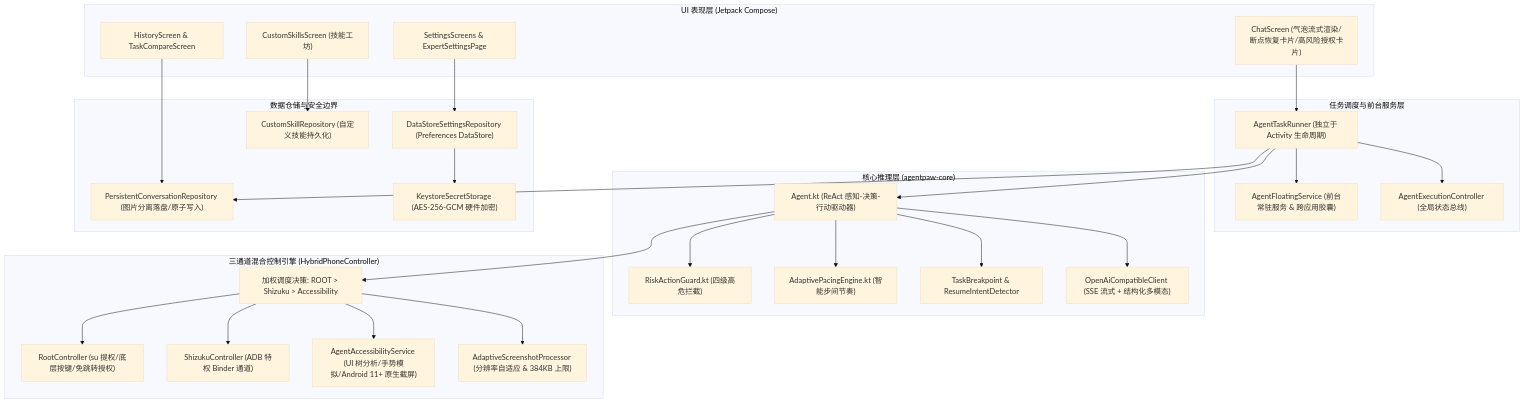
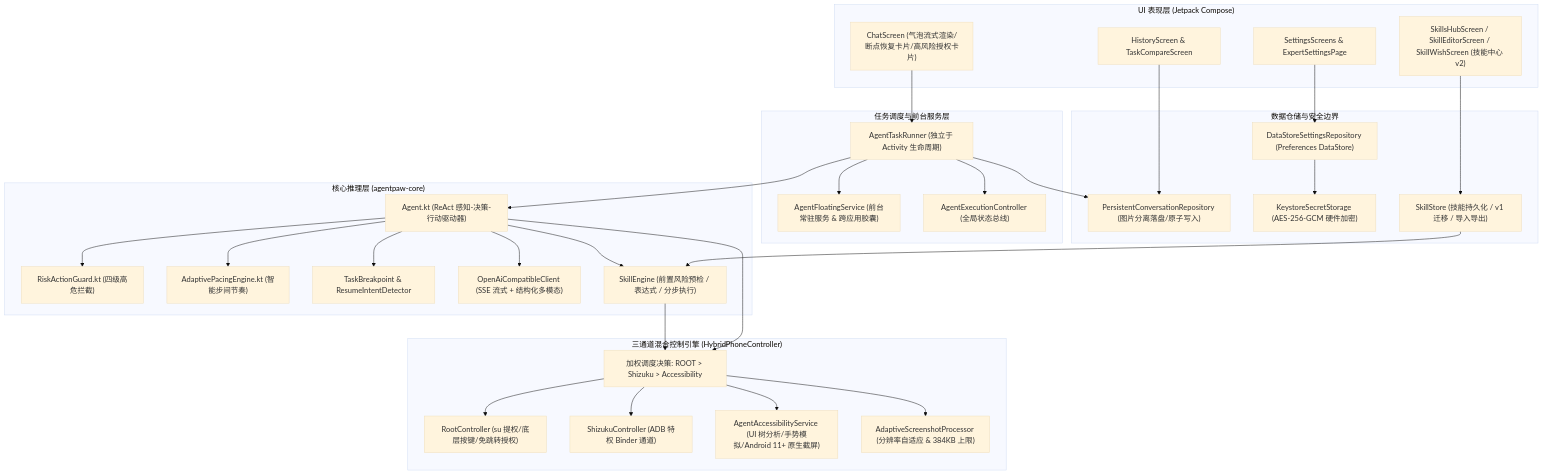
One commit to YHLFurry/AgentPaw changed the first of 4 diagrams in ARCHITECTURE.md. Above: the diagram before and after it, drawn with Mermaid (base theme). The commit also changed other lines of this file and 57 other files, not shown here.

````diff
--- a/ARCHITECTURE.md
+++ b/ARCHITECTURE.md
@@ -10,57 +10,61 @@
 ```mermaid
 graph TD
     subgraph UI_Layer["UI 表现层 (Jetpack Compose)"]
         Chat["ChatScreen (气泡流式渲染/断点恢复卡片/高风险授权卡片)"]
         Settings["SettingsScreens & ExpertSettingsPage"]
         History["HistoryScreen & TaskCompareScreen"]
-        SkillsUI["CustomSkillsScreen (技能工坊)"]
+        SkillsUI["SkillsHubScreen / SkillEditorScreen / SkillWishScreen (技能中心 v2)"]
     end
 
     subgraph Runner_Layer["任务调度与前台服务层"]
         Runner["AgentTaskRunner (独立于 Activity 生命周期)"]
         FloatService["AgentFloatingService (前台常驻服务 & 跨应用胶囊)"]
         ExecController["AgentExecutionController (全局状态总线)"]
     end
 
     subgraph Core_Agent["核心推理层 (agentpaw-core)"]
         AgentCore["Agent.kt (ReAct 感知-决策-行动驱动器)"]
         Guard["RiskActionGuard.kt (四级高危拦截)"]
         Pacing["AdaptivePacingEngine.kt (智能步间节奏)"]
         Breakpoint["TaskBreakpoint & ResumeIntentDetector"]
         LLM["OpenAiCompatibleClient (SSE 流式 + 结构化多模态)"]
+        SkillEngine["SkillEngine (前置风险预检 / 表达式 / 分步执行)"]
     end
 
     subgraph Device_Control["三通道混合控制引擎 (HybridPhoneController)"]
         PriorityDispatch["加权调度决策: ROOT > Shizuku > Accessibility"]
         RootCtrl["RootController (su 提权/底层按键/免跳转授权)"]
         ShizukuCtrl["ShizukuController (ADB 特权 Binder 通道)"]
         A11yService["AgentAccessibilityService (UI 树分析/手势模拟/Android 11+ 原生截屏)"]
         Processor["AdaptiveScreenshotProcessor (分辨率自适应 & 384KB 上限)"]
     end
 
     subgraph Data_Storage["数据仓储与安全边界"]
         ConvRepo["PersistentConversationRepository (图片分离落盘/原子写入)"]
         SecStorage["KeystoreSecretStorage (AES-256-GCM 硬件加密)"]
         SettingRepo["DataStoreSettingsRepository (Preferences DataStore)"]
-        SkillRepo["CustomSkillRepository (自定义技能持久化)"]
+        SkillRepo["SkillStore (技能持久化 / v1 迁移 / 导入导出)"]
     end
 
     Chat --> Runner
     Runner --> AgentCore
     Runner --> ConvRepo
     Runner --> FloatService
     Runner --> ExecController
     AgentCore --> LLM
+    AgentCore --> SkillEngine
+    SkillEngine --> PriorityDispatch
     AgentCore --> Guard
     AgentCore --> Pacing
     AgentCore --> Breakpoint
     AgentCore --> PriorityDispatch
     PriorityDispatch --> RootCtrl
     PriorityDispatch --> ShizukuCtrl
     PriorityDispatch --> A11yService
     PriorityDispatch --> Processor
     Settings --> SettingRepo
     SettingRepo --> SecStorage
     SkillsUI --> SkillRepo
+    SkillRepo --> SkillEngine
     History --> ConvRepo
 ```
````
